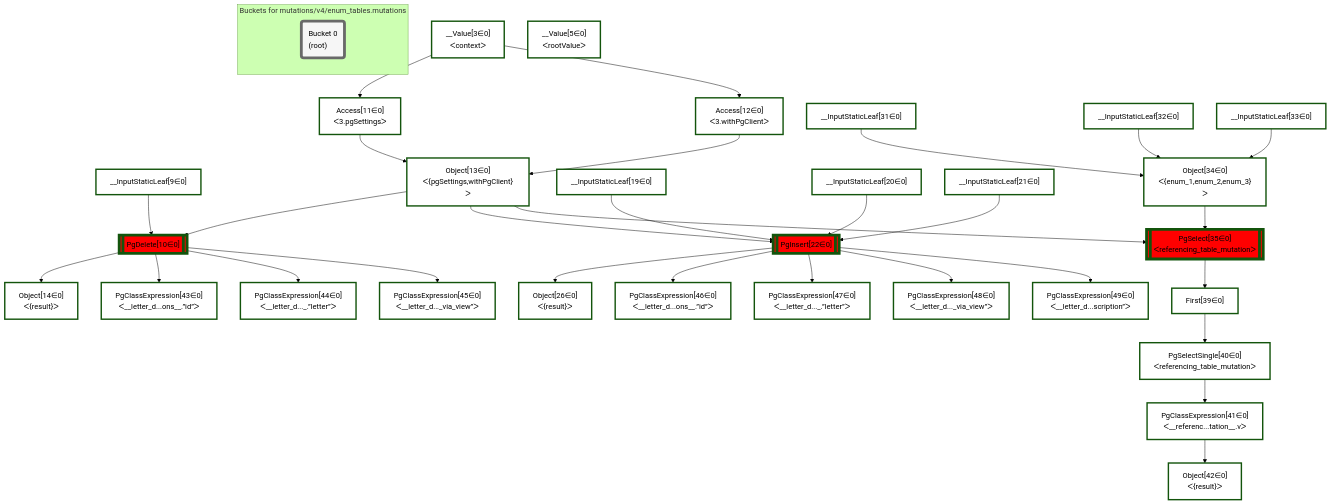
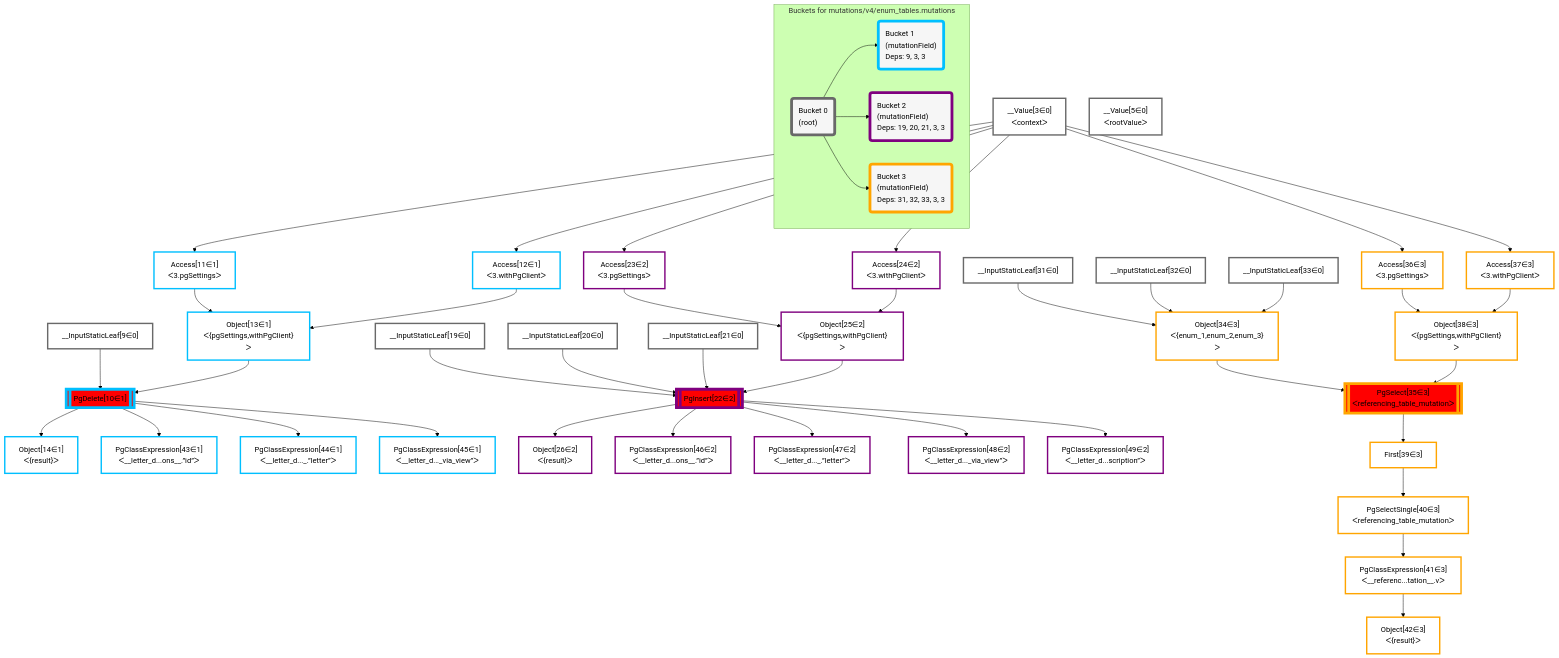
One commit to graphile/crystal changed the diagram in packages/postgraphile/__tests__/mutations/v4/enum_tables.mutations.mermaid. Above: the diagram before and after it, drawn with Mermaid (forest theme). The commit also changed 75 other files, not shown here.

```diff
--- a/packages/postgraphile/__tests__/mutations/v4/enum_tables.mutations.mermaid
+++ b/packages/postgraphile/__tests__/mutations/v4/enum_tables.mutations.mermaid
@@ -1,68 +1,90 @@
 graph TD
     classDef path fill:#eee,stroke:#000,color:#000
     classDef plan fill:#fff,stroke-width:3px,color:#000
     classDef itemplan fill:#fff,stroke-width:6px,color:#000
     classDef sideeffectplan fill:#f00,stroke-width:6px,color:#000
     classDef bucket fill:#f6f6f6,color:#000,stroke-width:6px,text-align:left
 
 
     %% define steps
     __Value3["__Value[3∈0]<br />ᐸcontextᐳ"]:::plan
     __Value5["__Value[5∈0]<br />ᐸrootValueᐳ"]:::plan
     __InputStaticLeaf9["__InputStaticLeaf[9∈0]"]:::plan
-    Access11["Access[11∈0]<br />ᐸ3.pgSettingsᐳ"]:::plan
-    Access12["Access[12∈0]<br />ᐸ3.withPgClientᐳ"]:::plan
-    Object13["Object[13∈0]<br />ᐸ{pgSettings,withPgClient}ᐳ"]:::plan
-    PgDelete10[["PgDelete[10∈0]"]]:::sideeffectplan
-    Object14["Object[14∈0]<br />ᐸ{result}ᐳ"]:::plan
+    Access11["Access[11∈1]<br />ᐸ3.pgSettingsᐳ"]:::plan
+    Access12["Access[12∈1]<br />ᐸ3.withPgClientᐳ"]:::plan
+    Object13["Object[13∈1]<br />ᐸ{pgSettings,withPgClient}ᐳ"]:::plan
+    PgDelete10[["PgDelete[10∈1]"]]:::sideeffectplan
+    Object14["Object[14∈1]<br />ᐸ{result}ᐳ"]:::plan
     __InputStaticLeaf19["__InputStaticLeaf[19∈0]"]:::plan
     __InputStaticLeaf20["__InputStaticLeaf[20∈0]"]:::plan
     __InputStaticLeaf21["__InputStaticLeaf[21∈0]"]:::plan
-    PgInsert22[["PgInsert[22∈0]"]]:::sideeffectplan
-    Object26["Object[26∈0]<br />ᐸ{result}ᐳ"]:::plan
+    Access23["Access[23∈2]<br />ᐸ3.pgSettingsᐳ"]:::plan
+    Access24["Access[24∈2]<br />ᐸ3.withPgClientᐳ"]:::plan
+    Object25["Object[25∈2]<br />ᐸ{pgSettings,withPgClient}ᐳ"]:::plan
+    PgInsert22[["PgInsert[22∈2]"]]:::sideeffectplan
+    Object26["Object[26∈2]<br />ᐸ{result}ᐳ"]:::plan
     __InputStaticLeaf31["__InputStaticLeaf[31∈0]"]:::plan
     __InputStaticLeaf32["__InputStaticLeaf[32∈0]"]:::plan
     __InputStaticLeaf33["__InputStaticLeaf[33∈0]"]:::plan
-    Object34["Object[34∈0]<br />ᐸ{enum_1,enum_2,enum_3}ᐳ"]:::plan
-    PgSelect35[["PgSelect[35∈0]<br />ᐸreferencing_table_mutationᐳ"]]:::sideeffectplan
-    First39["First[39∈0]"]:::plan
-    PgSelectSingle40["PgSelectSingle[40∈0]<br />ᐸreferencing_table_mutationᐳ"]:::plan
-    PgClassExpression41["PgClassExpression[41∈0]<br />ᐸ__referenc...tation__.vᐳ"]:::plan
-    Object42["Object[42∈0]<br />ᐸ{result}ᐳ"]:::plan
-    PgClassExpression43["PgClassExpression[43∈0]<br />ᐸ__letter_d...ons__.”id”ᐳ"]:::plan
-    PgClassExpression44["PgClassExpression[44∈0]<br />ᐸ__letter_d..._.”letter”ᐳ"]:::plan
-    PgClassExpression45["PgClassExpression[45∈0]<br />ᐸ__letter_d..._via_view”ᐳ"]:::plan
-    PgClassExpression46["PgClassExpression[46∈0]<br />ᐸ__letter_d...ons__.”id”ᐳ"]:::plan
-    PgClassExpression47["PgClassExpression[47∈0]<br />ᐸ__letter_d..._.”letter”ᐳ"]:::plan
-    PgClassExpression48["PgClassExpression[48∈0]<br />ᐸ__letter_d..._via_view”ᐳ"]:::plan
-    PgClassExpression49["PgClassExpression[49∈0]<br />ᐸ__letter_d...scription”ᐳ"]:::plan
+    Object34["Object[34∈3]<br />ᐸ{enum_1,enum_2,enum_3}ᐳ"]:::plan
+    Access36["Access[36∈3]<br />ᐸ3.pgSettingsᐳ"]:::plan
+    Access37["Access[37∈3]<br />ᐸ3.withPgClientᐳ"]:::plan
+    Object38["Object[38∈3]<br />ᐸ{pgSettings,withPgClient}ᐳ"]:::plan
+    PgSelect35[["PgSelect[35∈3]<br />ᐸreferencing_table_mutationᐳ"]]:::sideeffectplan
+    First39["First[39∈3]"]:::plan
+    PgSelectSingle40["PgSelectSingle[40∈3]<br />ᐸreferencing_table_mutationᐳ"]:::plan
+    PgClassExpression41["PgClassExpression[41∈3]<br />ᐸ__referenc...tation__.vᐳ"]:::plan
+    Object42["Object[42∈3]<br />ᐸ{result}ᐳ"]:::plan
+    PgClassExpression43["PgClassExpression[43∈1]<br />ᐸ__letter_d...ons__.”id”ᐳ"]:::plan
+    PgClassExpression44["PgClassExpression[44∈1]<br />ᐸ__letter_d..._.”letter”ᐳ"]:::plan
+    PgClassExpression45["PgClassExpression[45∈1]<br />ᐸ__letter_d..._via_view”ᐳ"]:::plan
+    PgClassExpression46["PgClassExpression[46∈2]<br />ᐸ__letter_d...ons__.”id”ᐳ"]:::plan
+    PgClassExpression47["PgClassExpression[47∈2]<br />ᐸ__letter_d..._.”letter”ᐳ"]:::plan
+    PgClassExpression48["PgClassExpression[48∈2]<br />ᐸ__letter_d..._via_view”ᐳ"]:::plan
+    PgClassExpression49["PgClassExpression[49∈2]<br />ᐸ__letter_d...scription”ᐳ"]:::plan
 
     %% plan dependencies
     __Value3 --> Access11
     __Value3 --> Access12
     Access11 & Access12 --> Object13
     Object13 & __InputStaticLeaf9 --> PgDelete10
     PgDelete10 --> Object14
-    Object13 & __InputStaticLeaf19 & __InputStaticLeaf20 & __InputStaticLeaf21 --> PgInsert22
+    __Value3 --> Access23
+    __Value3 --> Access24
+    Access23 & Access24 --> Object25
+    Object25 & __InputStaticLeaf19 & __InputStaticLeaf20 & __InputStaticLeaf21 --> PgInsert22
     PgInsert22 --> Object26
     __InputStaticLeaf31 & __InputStaticLeaf32 & __InputStaticLeaf33 --> Object34
-    Object13 & Object34 --> PgSelect35
+    __Value3 --> Access36
+    __Value3 --> Access37
+    Access36 & Access37 --> Object38
+    Object38 & Object34 --> PgSelect35
     PgSelect35 --> First39
     First39 --> PgSelectSingle40
     PgSelectSingle40 --> PgClassExpression41
     PgClassExpression41 --> Object42
     PgDelete10 --> PgClassExpression43
     PgDelete10 --> PgClassExpression44
     PgDelete10 --> PgClassExpression45
     PgInsert22 --> PgClassExpression46
     PgInsert22 --> PgClassExpression47
     PgInsert22 --> PgClassExpression48
     PgInsert22 --> PgClassExpression49
 
     %% plan-to-path relationships
 
     subgraph "Buckets for mutations/v4/enum_tables.mutations"
     Bucket0("Bucket 0<br />(root)"):::bucket
     classDef bucket0 stroke:#696969
-    class Bucket0 bucket0
+    class Bucket0,__Value3,__Value5,__InputStaticLeaf9,__InputStaticLeaf19,__InputStaticLeaf20,__InputStaticLeaf21,__InputStaticLeaf31,__InputStaticLeaf32,__InputStaticLeaf33 bucket0
+    Bucket1("Bucket 1<br />(mutationField)<br />Deps: 9, 3, 3"):::bucket
+    classDef bucket1 stroke:#00bfff
+    class Bucket1,PgDelete10,Access11,Access12,Object13,Object14,PgClassExpression43,PgClassExpression44,PgClassExpression45 bucket1
+    Bucket2("Bucket 2<br />(mutationField)<br />Deps: 19, 20, 21, 3, 3"):::bucket
+    classDef bucket2 stroke:#7f007f
+    class Bucket2,PgInsert22,Access23,Access24,Object25,Object26,PgClassExpression46,PgClassExpression47,PgClassExpression48,PgClassExpression49 bucket2
+    Bucket3("Bucket 3<br />(mutationField)<br />Deps: 31, 32, 33, 3, 3"):::bucket
+    classDef bucket3 stroke:#ffa500
+    class Bucket3,Object34,PgSelect35,Access36,Access37,Object38,First39,PgSelectSingle40,PgClassExpression41,Object42 bucket3
+    Bucket0 --> Bucket1 & Bucket2 & Bucket3
     end
```
